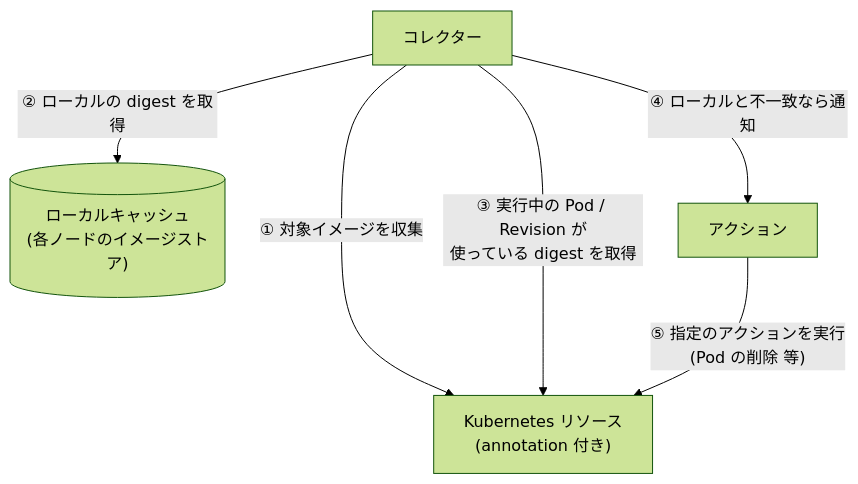
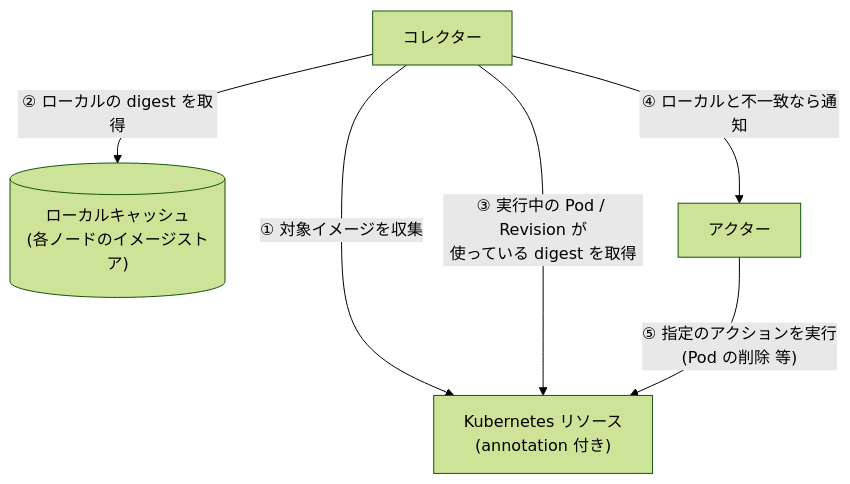
The second of 2 diagrams in README.md (sasano8/kube-floatingtag-pinner), drawn with Mermaid (forest theme) before and after one commit. The commit also changed other lines of this file and 1 other file, not shown here.

Commit message:
docs: 実行する側の呼び名をアクターに統一
Claude-Session: https://claude.ai/code/session_019rZvkSL7Th44LVS5DsW2yH

````diff
--- a/README.md
+++ b/README.md
@@ -66,13 +66,13 @@
 ```mermaid
 flowchart TB
     K["Kubernetes リソース<br/>(annotation 付き)"]
     C["コレクター"]
     L[("ローカルキャッシュ<br/>(各ノードのイメージストア)")]
-    D["アクション"]
+    D["アクター"]
 
     C -- "① 対象イメージを収集" --> K
     C -- "② ローカルの digest を取得" --> L
     C -- "③ 実行中の Pod / Revision が<br/>使っている digest を取得" --> K
     C -- "④ ローカルと不一致なら通知" --> D
     D -- "⑤ 指定のアクションを実行<br/>(Pod の削除 等)" --> K
 ```
````
